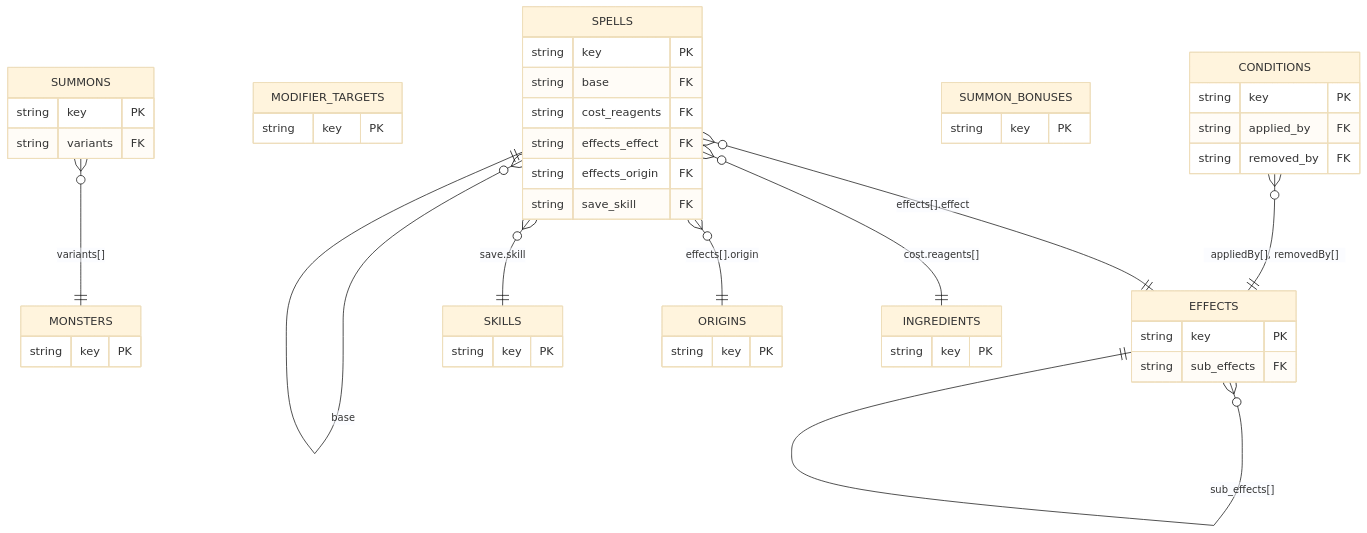
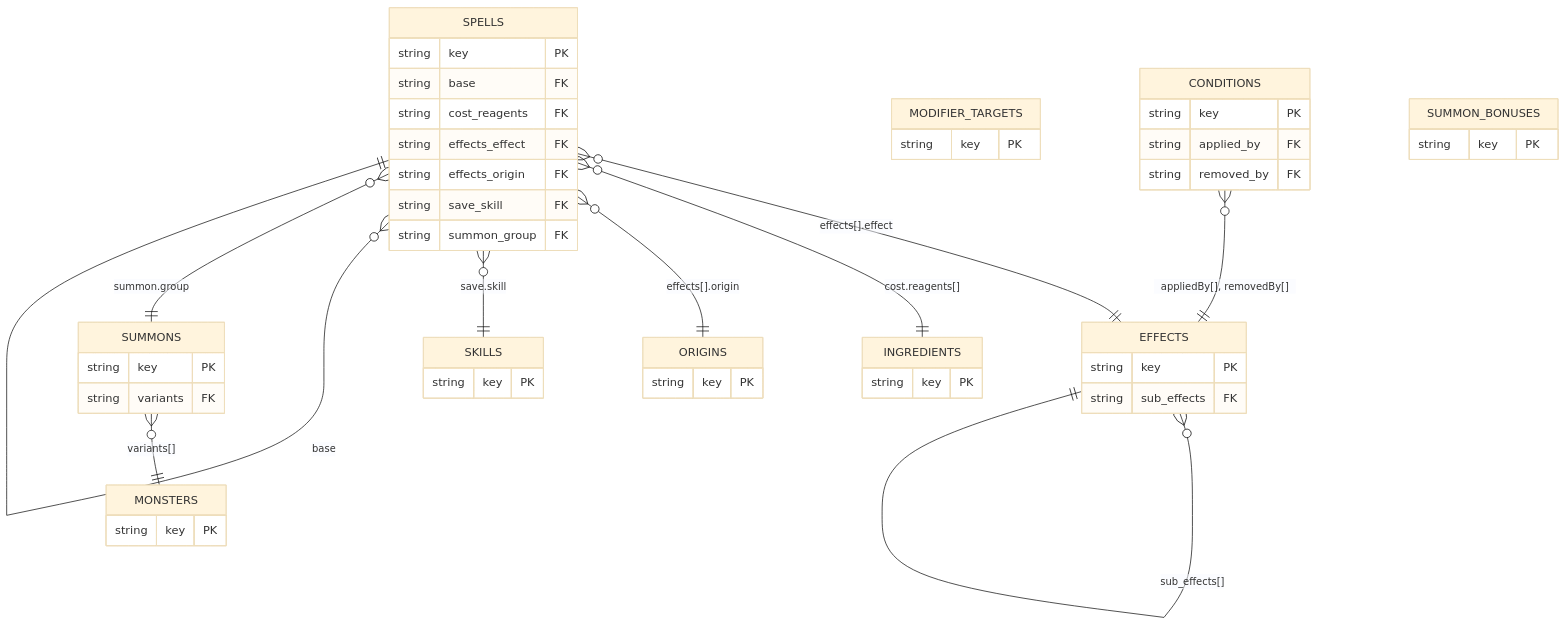
The third of 5 diagrams in docs/core/data-model-diagram.md (SETA1609/riftweave-core), drawn with Mermaid (base theme) before and after one commit. The commit also changed other lines of this file and 21 other files, not shown here.

````diff
--- a/docs/core/data-model-diagram.md
+++ b/docs/core/data-model-diagram.md
@@ -384,50 +386,52 @@
 ```mermaid
 erDiagram
     CONDITIONS {
         string key PK
         string applied_by FK
         string removed_by FK
     }
     EFFECTS {
         string key PK
         string sub_effects FK
     }
     INGREDIENTS {
         string key PK
     }
     MODIFIER_TARGETS {
         string key PK
     }
     MONSTERS {
         string key PK
     }
     ORIGINS {
         string key PK
     }
     SKILLS {
         string key PK
     }
     SPELLS {
         string key PK
         string base FK
         string cost_reagents FK
         string effects_effect FK
         string effects_origin FK
         string save_skill FK
+        string summon_group FK
     }
     SUMMON_BONUSES {
         string key PK
     }
     SUMMONS {
         string key PK
         string variants FK
     }
     CONDITIONS }o--|| EFFECTS : "appliedBy[], removedBy[]"
     EFFECTS }o--|| EFFECTS : "sub_effects[]"
     SPELLS }o--|| EFFECTS : "effects[].effect"
     SPELLS }o--|| INGREDIENTS : "cost.reagents[]"
     SPELLS }o--|| ORIGINS : "effects[].origin"
     SPELLS }o--|| SKILLS : "save.skill"
     SPELLS }o--|| SPELLS : "base"
+    SPELLS }o--|| SUMMONS : "summon.group"
     SUMMONS }o--|| MONSTERS : "variants[]"
 ```
````
